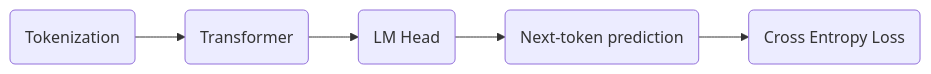
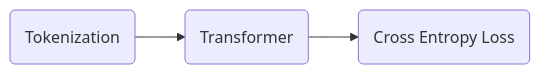
Diagram 16 of 18 in index.md (ChrisZhu2050/chriszhu2050.github.io), drawn with Mermaid before and after one commit. The commit also changed other lines of this file, not shown here.

````diff
--- a/index.md
+++ b/index.md
@@ -471,4 +471,4 @@
   ```mermaid
         graph LR
-            A("`Tokenization`") --> D("`Transformer`")  --> F("`LM Head`")   --> H("`Next-token prediction`") --> I("`Cross Entropy Loss`") 
+            A("`Tokenization`") --> D("`Transformer`") --> I("`Cross Entropy Loss`") 
   ```
````
